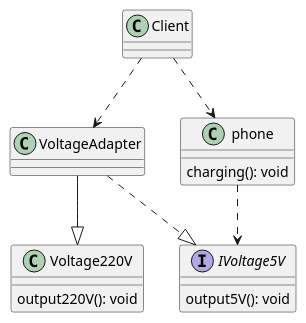
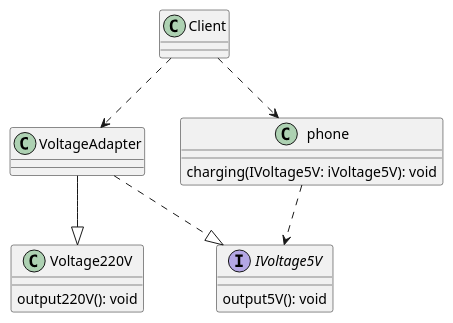
One commit to SmileCJX/DesignPattern changed the diagram in src/pers/caijx/adapter/classadapter/classadapter.puml. Above: the diagram before and after it, drawn with PlantUML.

Commit message:
类适配器

```diff
--- a/src/pers/caijx/adapter/classadapter/classadapter.puml
+++ b/src/pers/caijx/adapter/classadapter/classadapter.puml
@@ -1,24 +1,24 @@
 @startuml
 
 class Voltage220V
 Voltage220V : output220V(): void
 
 class VoltageAdapter
 
 interface IVoltage5V
 IVoltage5V : output5V(): void
 
 class phone
-phone : charging(): void
+phone : charging(IVoltage5V: iVoltage5V): void
 
 class Client
 
 VoltageAdapter --|> Voltage220V
 VoltageAdapter ..|> IVoltage5V
 
 phone ..> IVoltage5V
 
 Client ..> phone
 Client ..> VoltageAdapter
 
 @enduml
```
